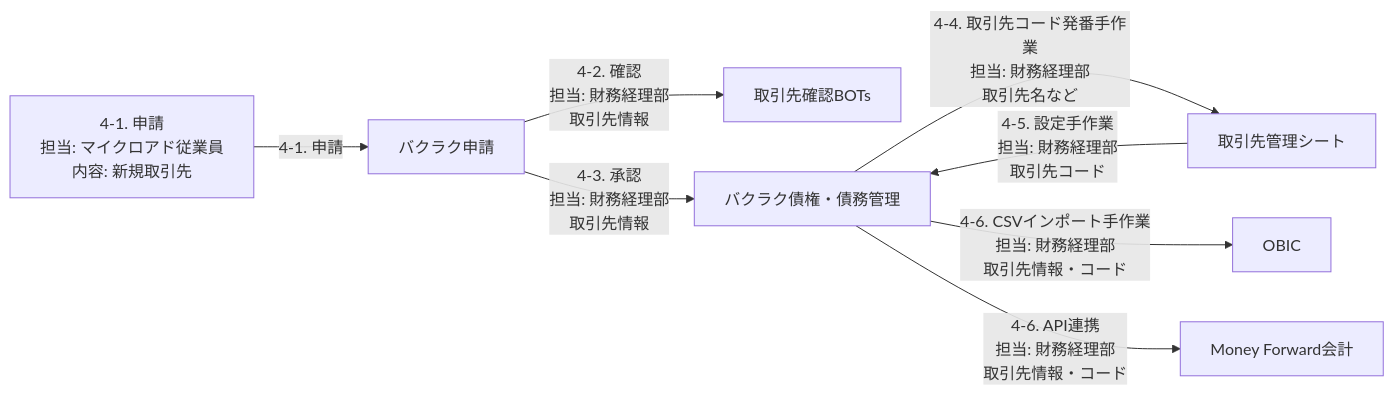
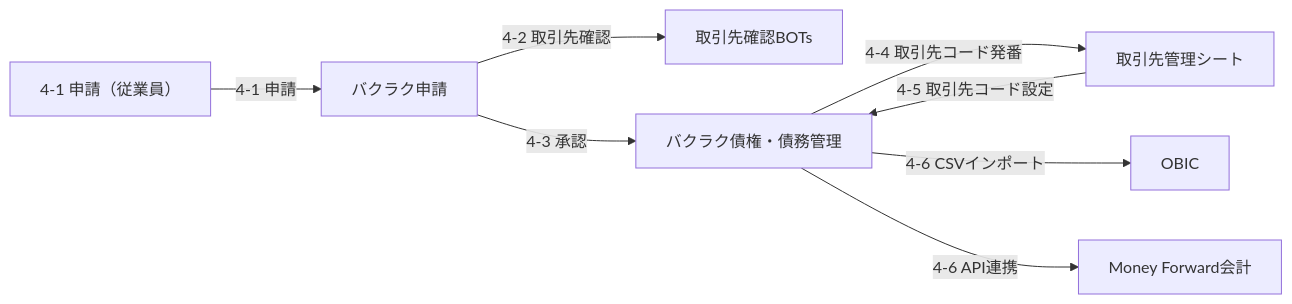
One commit to rikuxxer/sample changed the eighth of 9 diagrams in README.md. Above: the diagram before and after it, drawn with Mermaid. The commit also changed other lines of this file, not shown here.

````diff
--- a/README.md
+++ b/README.md
@@ -1010,18 +1176,18 @@
 ```mermaid
 flowchart LR
-  Start["4-1. 申請\n担当: マイクロアド従業員\n内容: 新規取引先"]
+  Start["4-1 申請（従業員）"]
   Bakuraku1["バクラク申請"]
   BOT["取引先確認BOTs"]
   Bakuraku2["バクラク債権・債務管理"]
   VendorMasterSheet["取引先管理シート"]
   OBIC["OBIC"]
   MFA["Money Forward会計"]
 
-  Start -->|"4-1. 申請"| Bakuraku1
-  Bakuraku1 -->|"4-2. 確認\n担当: 財務経理部\n取引先情報"| BOT
-  Bakuraku1 -->|"4-3. 承認\n担当: 財務経理部\n取引先情報"| Bakuraku2
-  Bakuraku2 -->|"4-4. 取引先コード発番手作業\n担当: 財務経理部\n取引先名など"| VendorMasterSheet
-  VendorMasterSheet -->|"4-5. 設定手作業\n担当: 財務経理部\n取引先コード"| Bakuraku2
-  Bakuraku2 -->|"4-6. CSVインポート手作業\n担当: 財務経理部\n取引先情報・コード"| OBIC
-  Bakuraku2 -->|"4-6. API連携\n担当: 財務経理部\n取引先情報・コード"| MFA
+  Start -->|"4-1 申請"| Bakuraku1
+  Bakuraku1 -->|"4-2 取引先確認"| BOT
+  Bakuraku1 -->|"4-3 承認"| Bakuraku2
+  Bakuraku2 -->|"4-4 取引先コード発番"| VendorMasterSheet
+  VendorMasterSheet -->|"4-5 取引先コード設定"| Bakuraku2
+  Bakuraku2 -->|"4-6 CSVインポート"| OBIC
+  Bakuraku2 -->|"4-6 API連携"| MFA
 ```
````
